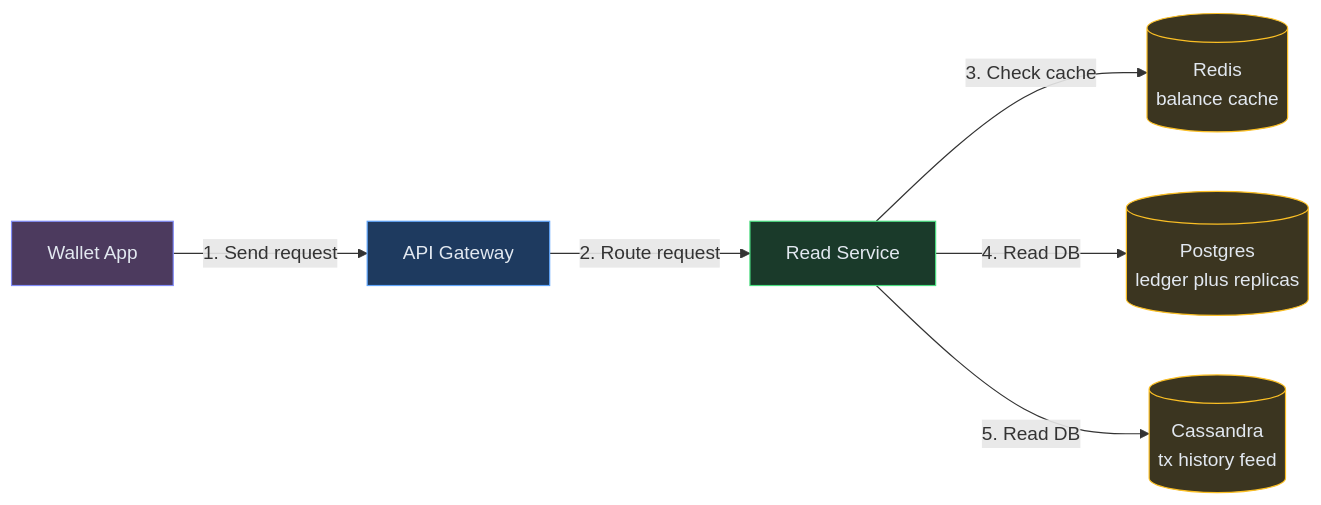
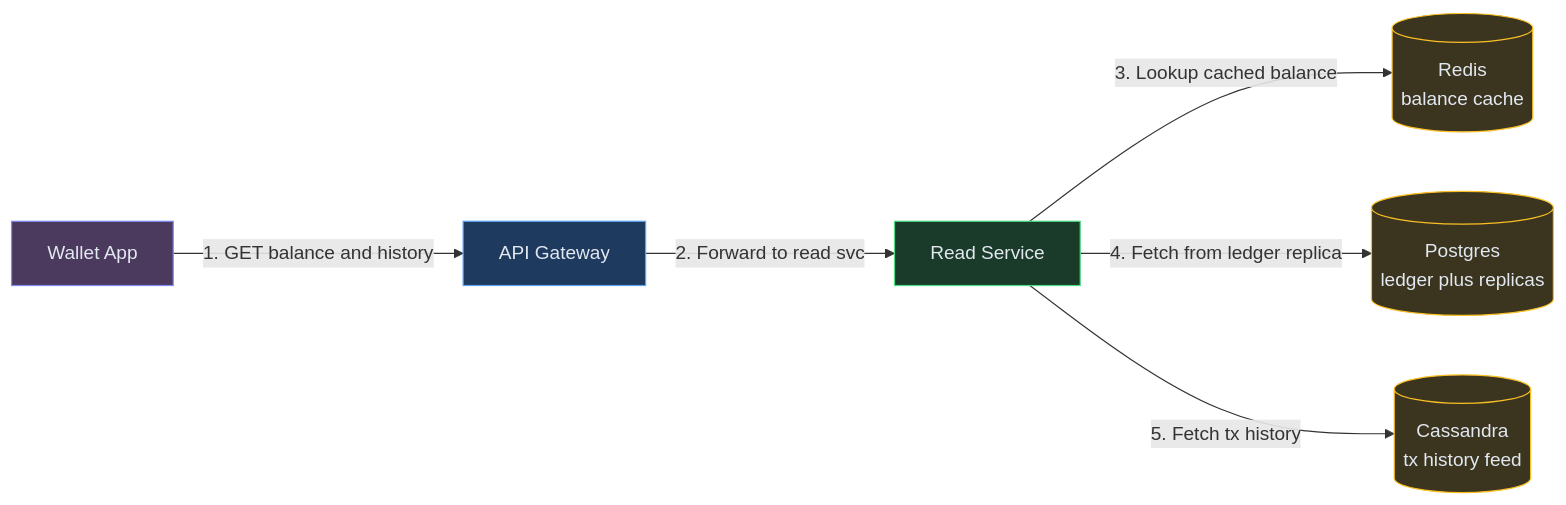
The fifth of 10 diagrams in content/hld/DigitalWallet.md (iluzn/HLD-Designs), drawn with Mermaid before and after one commit. The commit also changed other lines of this file and 27 other files, not shown here.

````diff
--- a/content/hld/DigitalWallet.md
+++ b/content/hld/DigitalWallet.md
@@ -376,20 +376,20 @@
 ```mermaid
 flowchart LR
     APP["Wallet App"]:::client
     GW["API Gateway"]:::edge
     READ["Read Service"]:::service
     CACHE[("Redis<br/>balance cache")]:::data
     LEDGER[("Postgres<br/>ledger plus replicas")]:::data
     HIST[("Cassandra<br/>tx history feed")]:::data
 
-    APP -->|"1. Send request"| GW
-    GW -->|"2. Route request"| READ
-    READ -->|"3. Check cache"| CACHE
-    READ -->|"4. Read DB"| LEDGER
-    READ -->|"5. Read DB"| HIST
+    APP -->|"1. GET balance and history"| GW
+    GW -->|"2. Forward to read svc"| READ
+    READ -->|"3. Lookup cached balance"| CACHE
+    READ -->|"4. Fetch from ledger replica"| LEDGER
+    READ -->|"5. Fetch tx history"| HIST
 
     classDef client fill:#4c3a5e,stroke:#818cf8,color:#e2e8f0
     classDef edge fill:#1e3a5f,stroke:#60a5fa,color:#e2e8f0
     classDef service fill:#1a3a2a,stroke:#4ade80,color:#e2e8f0
     classDef data fill:#3b3520,stroke:#fbbf24,color:#e2e8f0
 ```
````
